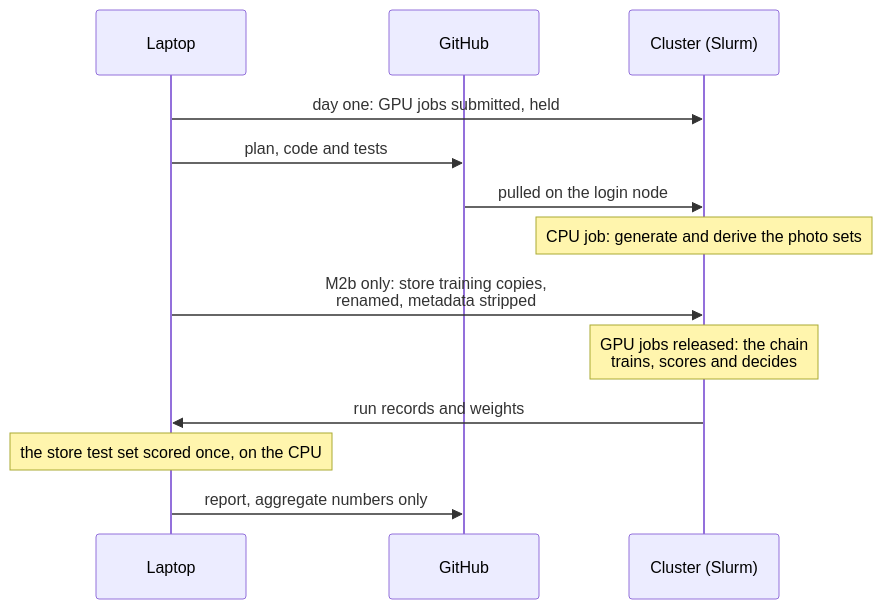
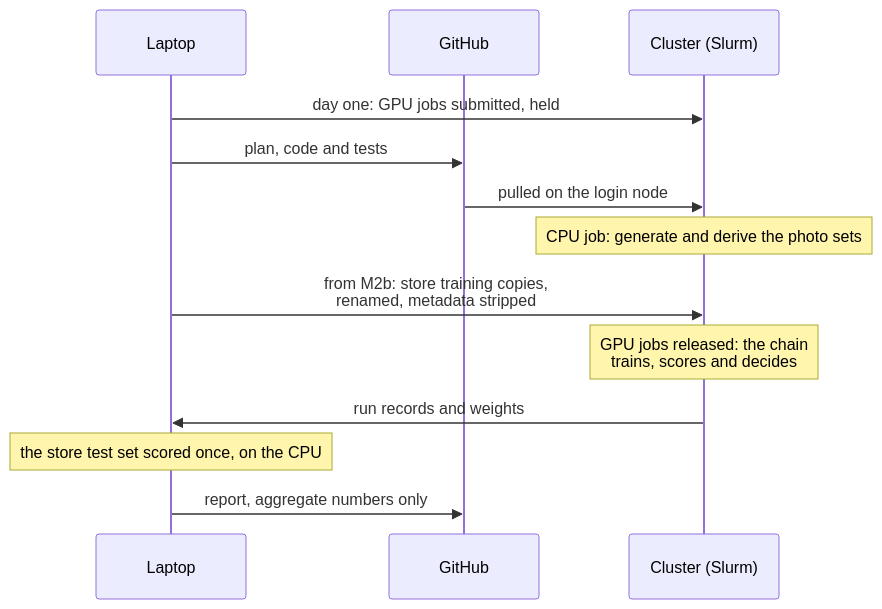
The fourth of 13 diagrams in README.md (aayushroopchandani/bestbefore), drawn with Mermaid before and after one commit. The commit also changed other lines of this file, not shown here.

````diff
--- a/README.md
+++ b/README.md
@@ -205,15 +222,15 @@
 ```mermaid
 sequenceDiagram
     participant L as Laptop
     participant G as GitHub
     participant C as Cluster (Slurm)
     L->>C: day one: GPU jobs submitted, held
     L->>G: plan, code and tests
     G->>C: pulled on the login node
     Note over C: CPU job: generate and derive the photo sets
-    L->>C: M2b only: store training copies,<br/>renamed, metadata stripped
+    L->>C: from M2b: store training copies,<br/>renamed, metadata stripped
     Note over C: GPU jobs released: the chain<br/>trains, scores and decides
     C->>L: run records and weights
     Note over L: the store test set scored once, on the CPU
     L->>G: report, aggregate numbers only
 ```
````
